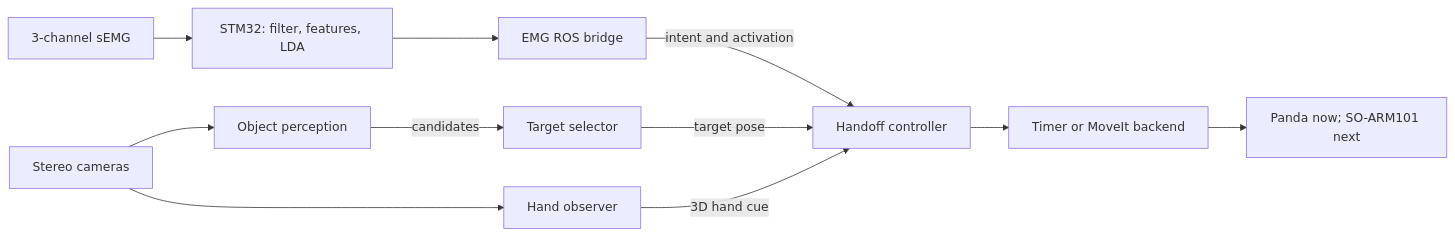
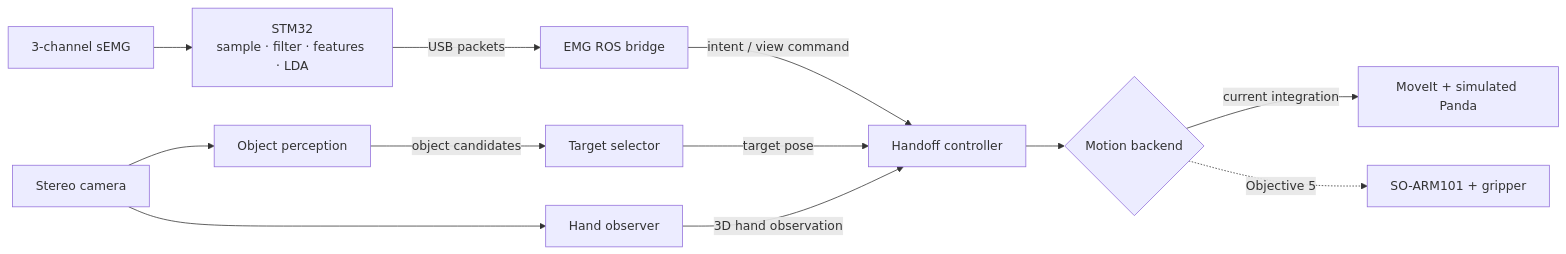
One commit to jarrod227/emg-shared-autonomy-arm changed the first of 7 diagrams in docs/system_design.md. Above: the diagram before and after it, drawn with Mermaid. The commit also changed other lines of this file, not shown here.

````diff
--- a/docs/system_design.md
+++ b/docs/system_design.md
@@ -32,16 +22,17 @@
 ```mermaid
 flowchart LR
-    EMG[3-channel sEMG] --> MCU[STM32: filter, features, LDA]
-    MCU --> BRIDGE[EMG ROS bridge]
-    BRIDGE -->|intent and activation| CTRL[Handoff controller]
+    EMG[3-channel sEMG] --> MCU[STM32<br/>sample · filter · features · LDA]
+    MCU -->|USB packets| BRIDGE[EMG ROS bridge]
+    BRIDGE -->|intent / view command| CTRL[Handoff controller]
 
-    STEREO[Stereo cameras] --> OBJ[Object perception]
-    OBJ -->|candidates| SELECT[Target selector]
-    SELECT -->|target pose| CTRL
+    CAM[Stereo camera] --> OBJ[Object perception]
+    OBJ -->|object candidates| SEL[Target selector]
+    SEL -->|target pose| CTRL
 
-    STEREO --> HAND[Hand observer]
-    HAND -->|3D hand cue| CTRL
+    CAM --> HAND[Hand observer]
+    HAND -->|3D hand observation| CTRL
 
-    CTRL --> MOTION[Timer or MoveIt backend]
-    MOTION --> ARM[Panda now; SO-ARM101 next]
+    CTRL --> MOTION{Motion backend}
+    MOTION -->|current integration| PANDA[MoveIt + simulated Panda]
+    MOTION -. Objective 5 .-> SOARM[SO-ARM101 + gripper]
 ```
````
